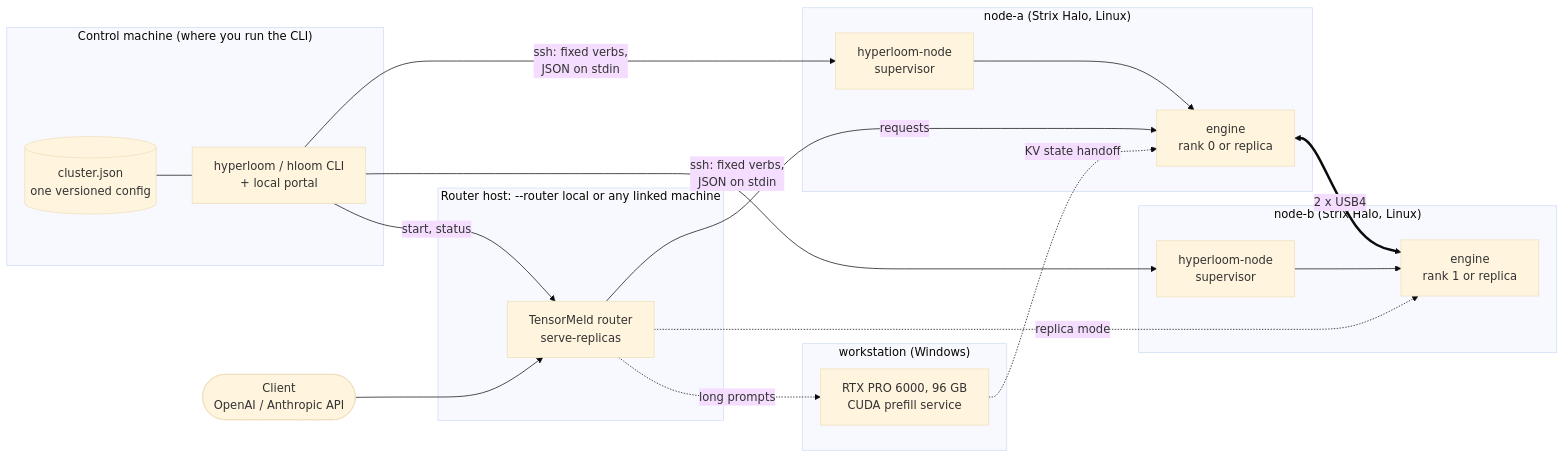
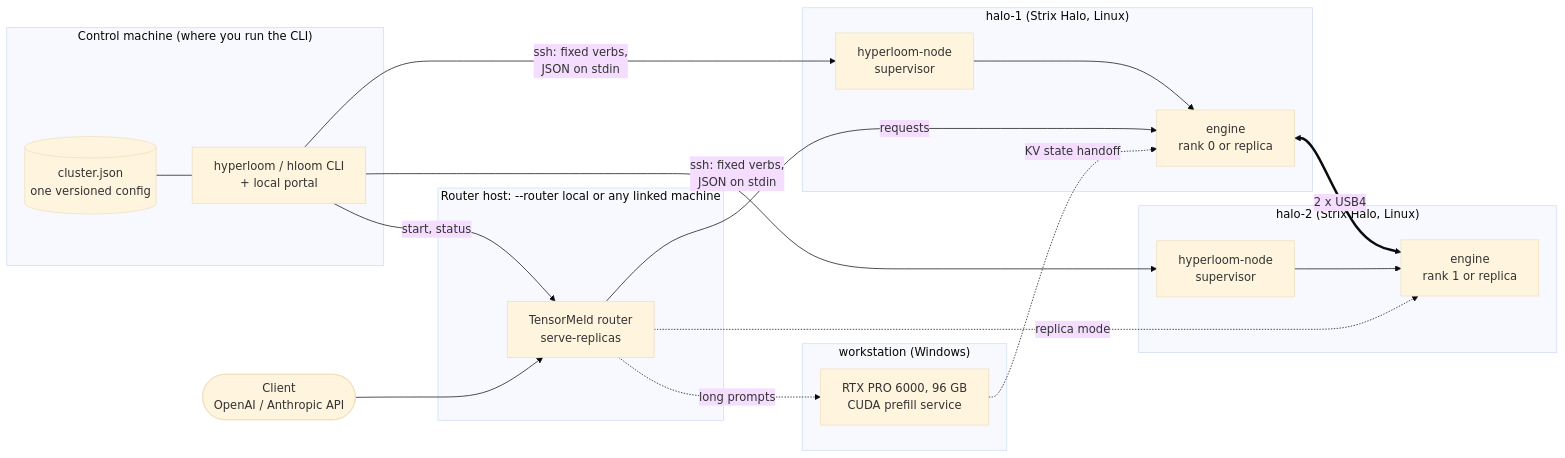
The first of 4 diagrams in README.md (hyukudan/hyperloom), drawn with Mermaid (base theme) before and after one commit. The commit also changed other lines of this file, not shown here.

First line of the commit message:
docs: align the README quick start with the phase 0 CLI and config schema

````diff
--- a/README.md
+++ b/README.md
@@ -29,39 +29,39 @@
 ```mermaid
 flowchart LR
     client(["Client<br/>OpenAI / Anthropic API"])
 
     subgraph ctl["Control machine (where you run the CLI)"]
         cli["hyperloom / hloom CLI<br/>+ local portal"]
         cfg[("cluster.json<br/>one versioned config")]
     end
 
     subgraph rh["Router host: --router local or any linked machine"]
         router["TensorMeld router<br/>serve-replicas"]
     end
 
     subgraph ws["workstation (Windows)"]
         rtx["RTX PRO 6000, 96 GB<br/>CUDA prefill service"]
     end
 
-    subgraph na["node-a (Strix Halo, Linux)"]
+    subgraph na["halo-1 (Strix Halo, Linux)"]
         hna["hyperloom-node<br/>supervisor"]
         ea["engine<br/>rank 0 or replica"]
     end
 
-    subgraph nb["node-b (Strix Halo, Linux)"]
+    subgraph nb["halo-2 (Strix Halo, Linux)"]
         hnb["hyperloom-node<br/>supervisor"]
         eb["engine<br/>rank 1 or replica"]
     end
 
     cfg --- cli
     cli -- "ssh: fixed verbs,<br/>JSON on stdin" --> hna & hnb
     cli -- "start, status" --> router
     client --> router
     router -- "requests" --> ea
     router -. "replica mode" .-> eb
     router -. "long prompts" .-> rtx
     rtx -. "KV state handoff" .-> ea
     hna --> ea
     hnb --> eb
     ea <== "2 x USB4" ==> eb
 ```
````
